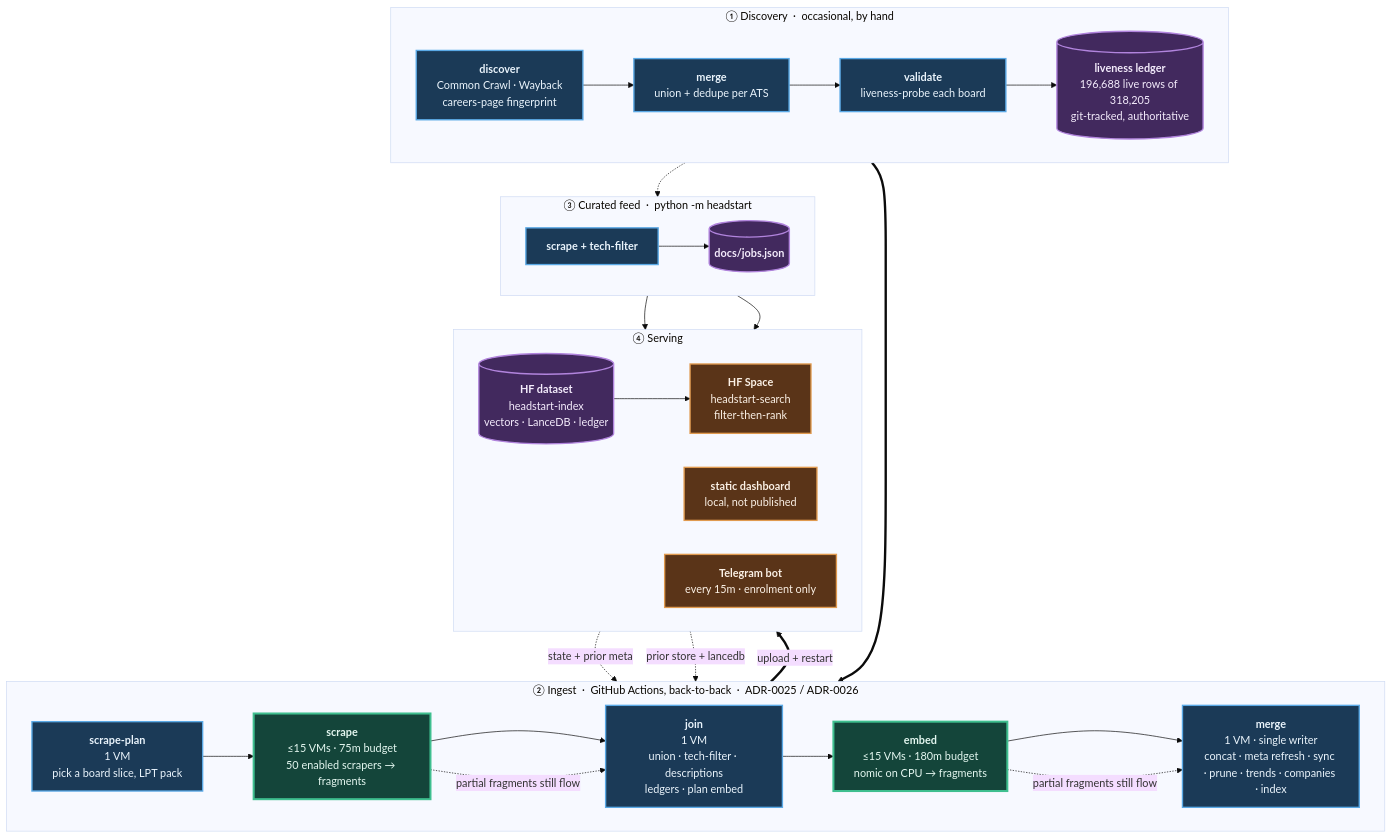
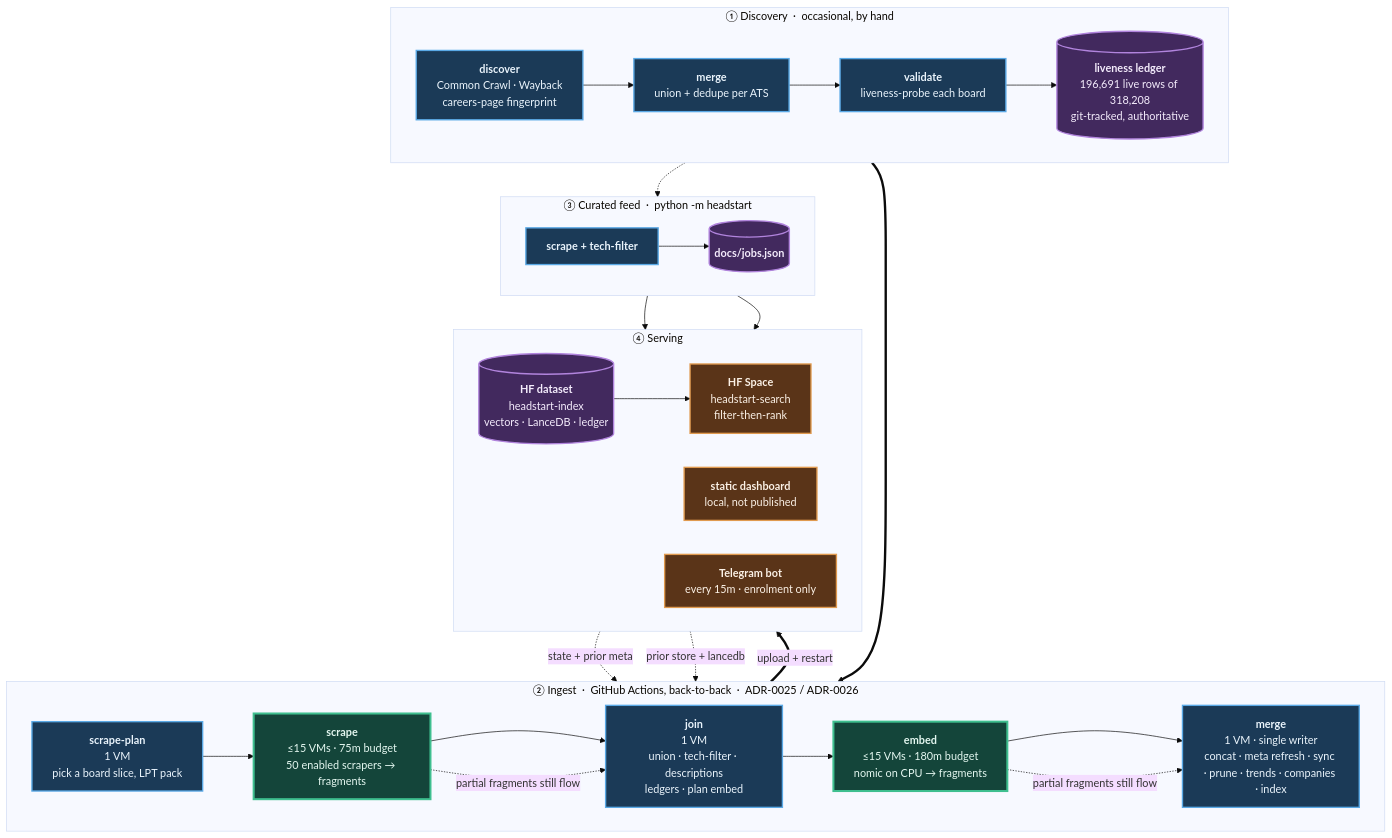
Before and after one commit to sarthakjain004/headstart: the diagram in README.md, drawn with Mermaid (base theme). The commit also changed other lines of this file and 5 other files, not shown here.

````diff
--- a/README.md
+++ b/README.md
@@ -185,56 +185,56 @@
 ```mermaid
 flowchart TB
     subgraph D["① Discovery &nbsp;·&nbsp; occasional, by hand"]
         direction LR
         D1["<b>discover</b><br/>Common Crawl · Wayback<br/>careers-page fingerprint"]
         D2["<b>merge</b><br/>union + dedupe per ATS"]
         D3["<b>validate</b><br/>liveness-probe each board"]
-        D4[("<b>liveness ledger</b><br/>196,688 live rows of 318,205<br/>git-tracked, authoritative")]
+        D4[("<b>liveness ledger</b><br/>196,691 live rows of 318,208<br/>git-tracked, authoritative")]
         D1 --> D2 --> D3 --> D4
     end
 
     subgraph P["② Ingest &nbsp;·&nbsp; GitHub Actions, back-to-back &nbsp;·&nbsp; ADR-0025 / ADR-0026"]
         direction LR
         P1["<b>scrape-plan</b><br/>1 VM<br/>pick a board slice, LPT pack"]
         P2["<b>scrape</b><br/>≤15 VMs · 75m budget<br/>50 enabled scrapers → fragments"]
         P3["<b>join</b><br/>1 VM<br/>union · tech-filter · descriptions<br/>ledgers · plan embed"]
         P4["<b>embed</b><br/>≤15 VMs · 180m budget<br/>nomic on CPU → fragments"]
         P5["<b>merge</b><br/>1 VM · single writer<br/>concat · meta refresh · sync · prune · trends · companies · index"]
         P1 --> P2 --> P3 --> P4 --> P5
     end
 
     subgraph F["③ Curated feed &nbsp;·&nbsp; python -m headstart"]
         direction LR
         F1["<b>scrape + tech-filter</b>"]
         F2[("<b>docs/jobs.json</b>")]
         F1 --> F2
     end
 
     subgraph S["④ Serving"]
         direction LR
         S1[("<b>HF dataset</b><br/>headstart-index<br/>vectors · LanceDB · ledger")]
         S2["<b>HF Space</b><br/>headstart-search<br/>filter-then-rank"]
         S3["<b>static dashboard</b><br/>local, not published"]
         S4["<b>Telegram bot</b><br/>every 15m · enrolment only"]
         S1 --> S2
     end
 
     D4 ==> P1
     S1 -. "state + prior meta" .-> P1
     S1 -. "prior store + lancedb" .-> P5
     D4 -.-> F1
     P5 ==>|"upload + restart"| S1
     F2 --> S3
     F2 --> S4
     P2 -. "partial fragments still flow" .-> P3
     P4 -. "partial fragments still flow" .-> P5
 
     classDef serial fill:#1b3a57,stroke:#5aa9e6,stroke-width:2px,color:#eaf4fc
     classDef fan fill:#14453a,stroke:#3fbf8f,stroke-width:3px,color:#e4f7f0
     classDef store fill:#42295e,stroke:#b184dd,stroke-width:2px,color:#f4ecfc
     classDef serve fill:#5a3418,stroke:#e09a4f,stroke-width:2px,color:#fbf1e6
     class D1,D2,D3,P1,P3,P5,F1 serial
     class P2,P4 fan
     class D4,F2,S1 store
     class S2,S3,S4 serve
 ```
````
